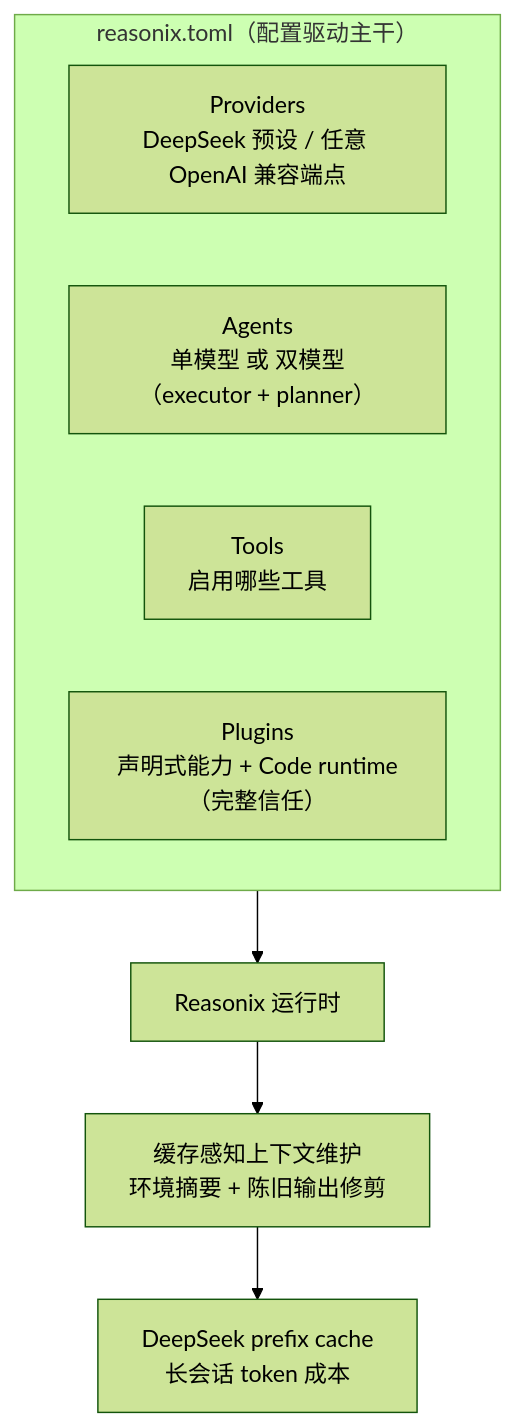
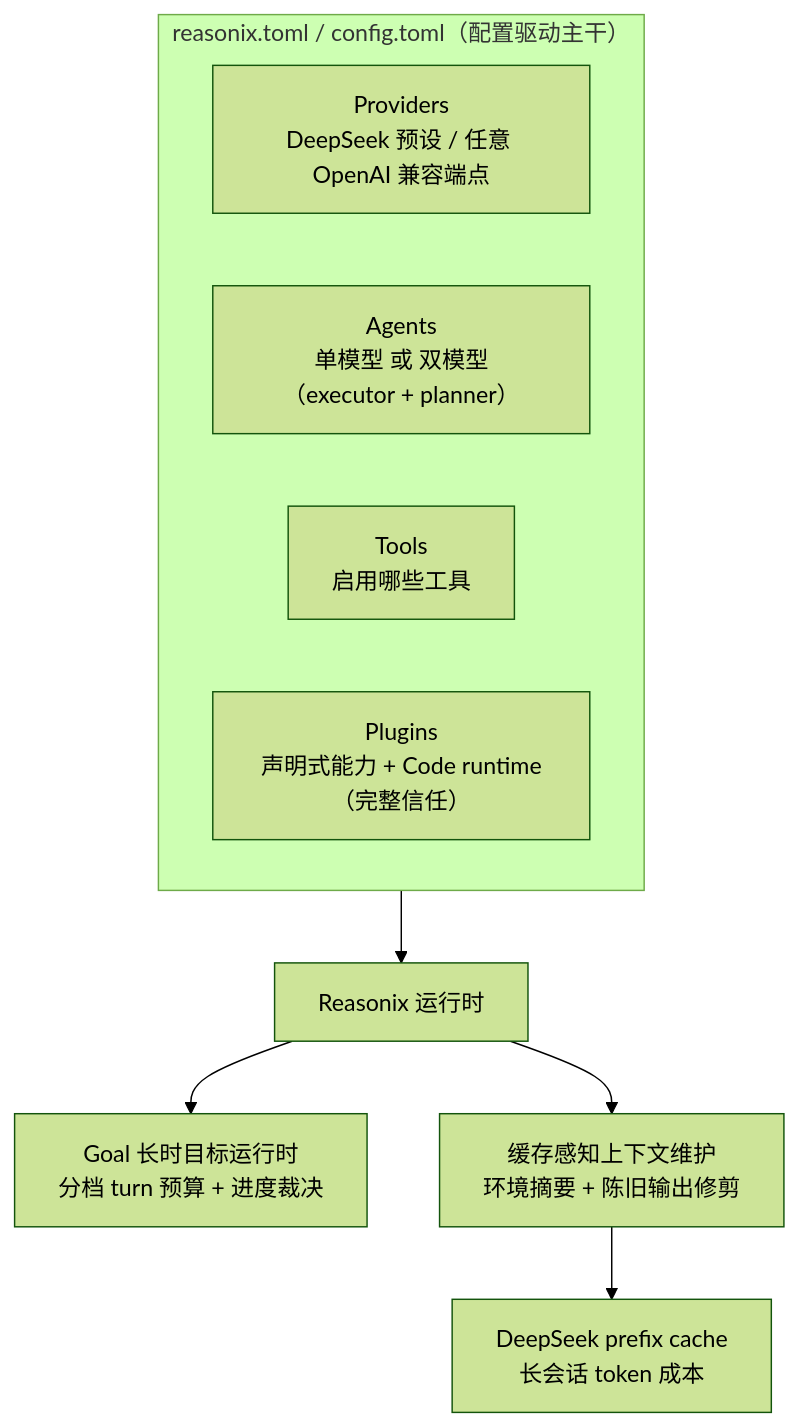
The diagram in content/posts/tech/deepseek-reasonix-coding-agent.md (A1pha3/text-matrix), drawn with Mermaid (forest theme) before and after one commit. The commit also changed other lines of this file and 331 other files, not shown here.

````diff
--- a/content/posts/tech/deepseek-reasonix-coding-agent.md
+++ b/content/posts/tech/deepseek-reasonix-coding-agent.md
@@ -40,12 +53,13 @@
 ```mermaid
 flowchart TB
-    subgraph Config["reasonix.toml（配置驱动主干）"]
+    subgraph Config["reasonix.toml / config.toml（配置驱动主干）"]
         P["Providers<br/>DeepSeek 预设 / 任意 OpenAI 兼容端点"]
         A["Agents<br/>单模型 或 双模型（executor + planner）"]
         T["Tools<br/>启用哪些工具"]
         PL["Plugins<br/>声明式能力 + Code runtime（完整信任）"]
     end
     Config --> Runtime["Reasonix 运行时"]
+    Runtime --> Goal["Goal 长时目标运行时<br/>分档 turn 预算 + 进度裁决"]
     Runtime --> Maint["缓存感知上下文维护<br/>环境摘要 + 陈旧输出修剪"]
     Maint --> DS["DeepSeek prefix cache<br/>长会话 token 成本"]
 ```
````
